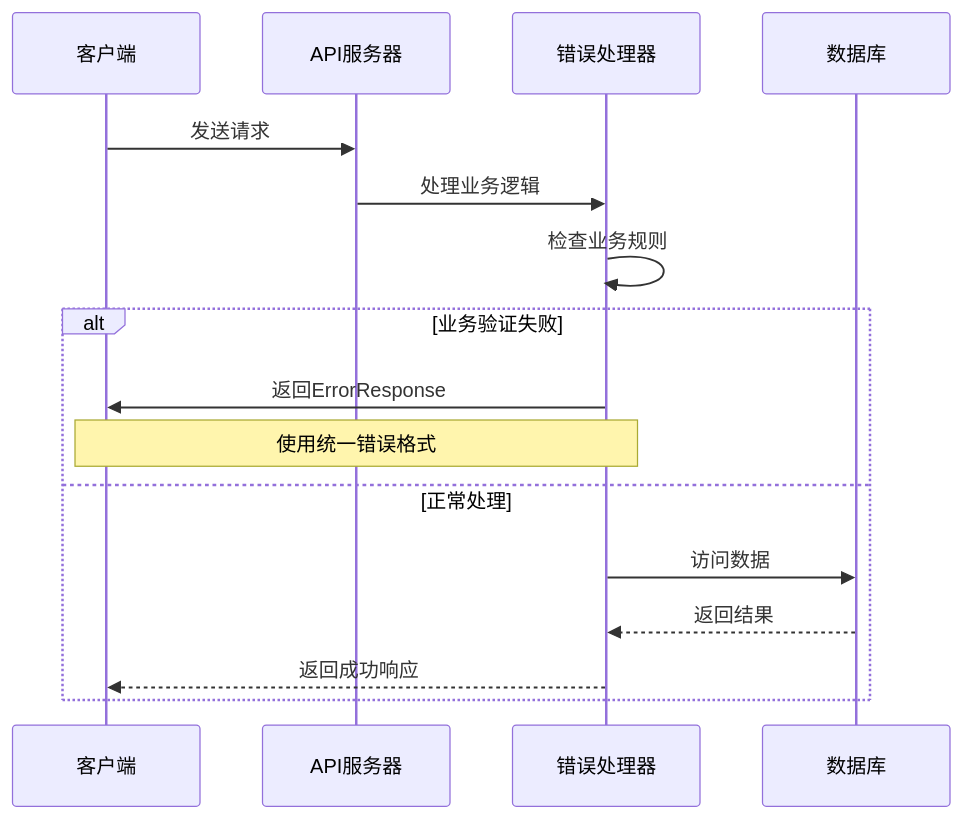
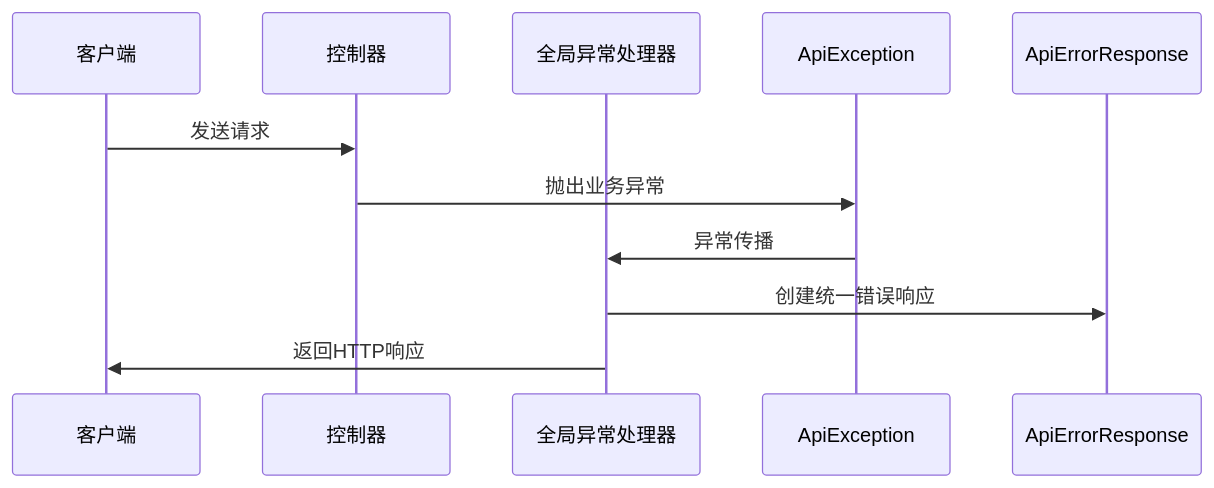
One commit to Jayden23018/blind-run-ios changed the third of 5 diagrams in .qoder/repowiki/zh/content/API 接口文档/错误处理与响应.md. Above: the diagram before and after it, drawn with Mermaid. The commit also changed other lines of this file and 7 other files, not shown here.

````diff
--- a/.qoder/repowiki/zh/content/API 接口文档/错误处理与响应.md
+++ b/.qoder/repowiki/zh/content/API 接口文档/错误处理与响应.md
@@ -115,18 +140,13 @@
 ```mermaid
 sequenceDiagram
 participant Client as 客户端
-participant API as API服务器
-participant Handler as 错误处理器
-participant DB as 数据库
-Client->>API : 发送请求
-API->>Handler : 处理业务逻辑
-Handler->>Handler : 检查业务规则
-alt 业务验证失败
-Handler->>Client : 返回ErrorResponse
-Note over Client,Handler : 使用统一错误格式
-else 正常处理
-Handler->>DB : 访问数据
-DB-->>Handler : 返回结果
-Handler-->>Client : 返回成功响应
-end
+participant Controller as 控制器
+participant Handler as 全局异常处理器
+participant Exception as ApiException
+participant Response as ApiErrorResponse
+Client->>Controller : 发送请求
+Controller->>Exception : 抛出业务异常
+Exception->>Handler : 异常传播
+Handler->>Response : 创建统一错误响应
+Handler->>Client : 返回HTTP响应
 ```
````
